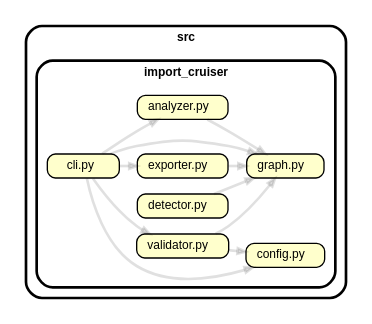
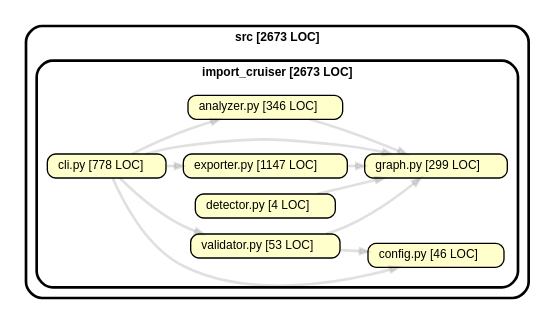
One commit to kevin91nl/import-cruiser changed the diagram in artifacts/self-graph/import-cruiser-self-graph.dot. Above: the diagram before and after it, drawn with Graphviz. The commit also changed 7 other files, not shown here.

Commit message:
feat: add LOC totals to self graph

```diff
--- a/artifacts/self-graph/import-cruiser-self-graph.dot
+++ b/artifacts/self-graph/import-cruiser-self-graph.dot
@@ -1,24 +1,24 @@
 strict digraph "import_cruiser"{
     rankdir="LR" splines="true" overlap="false" nodesep="0.16" ranksep="0.18" fontname="Helvetica-bold" fontsize="9" style="rounded,bold,filled" fillcolor="#ffffff" compound="true"
     node [shape="box" style="rounded, filled" height="0.2" color="black" fillcolor="#ffffcc" fontcolor="black" fontname="Helvetica" fontsize="9"]
     edge [arrowhead="normal" arrowsize="0.6" penwidth="2.0" color="#0000001f" fontname="Helvetica" fontsize="9"]
 
-    subgraph "cluster_src" {label="src" subgraph "cluster_src/import_cruiser" {label="import_cruiser" "src/import_cruiser/analyzer.py" [label=<analyzer.py> tooltip="analyzer.py" URL="src/import_cruiser/analyzer.py" ] }}
-    subgraph "cluster_src" {label="src" subgraph "cluster_src/import_cruiser" {label="import_cruiser" "src/import_cruiser/cli.py" [label=<cli.py> tooltip="cli.py" URL="src/import_cruiser/cli.py" ] }}
-    subgraph "cluster_src" {label="src" subgraph "cluster_src/import_cruiser" {label="import_cruiser" "src/import_cruiser/config.py" [label=<config.py> tooltip="config.py" URL="src/import_cruiser/config.py" ] }}
-    subgraph "cluster_src" {label="src" subgraph "cluster_src/import_cruiser" {label="import_cruiser" "src/import_cruiser/detector.py" [label=<detector.py> tooltip="detector.py" URL="src/import_cruiser/detector.py" ] }}
-    subgraph "cluster_src" {label="src" subgraph "cluster_src/import_cruiser" {label="import_cruiser" "src/import_cruiser/exporter.py" [label=<exporter.py> tooltip="exporter.py" URL="src/import_cruiser/exporter.py" ] }}
-    subgraph "cluster_src" {label="src" subgraph "cluster_src/import_cruiser" {label="import_cruiser" "src/import_cruiser/graph.py" [label=<graph.py> tooltip="graph.py" URL="src/import_cruiser/graph.py" ] }}
-    subgraph "cluster_src" {label="src" subgraph "cluster_src/import_cruiser" {label="import_cruiser" "src/import_cruiser/validator.py" [label=<validator.py> tooltip="validator.py" URL="src/import_cruiser/validator.py" ] }}
+    subgraph "cluster_src" {label="src [2673 LOC]" subgraph "cluster_src/import_cruiser" {label="import_cruiser [2673 LOC]" "src/import_cruiser/analyzer.py" [label=<analyzer.py [346 LOC]> tooltip="analyzer.py [346 LOC]" URL="src/import_cruiser/analyzer.py" ] }}
+    subgraph "cluster_src" {label="src [2673 LOC]" subgraph "cluster_src/import_cruiser" {label="import_cruiser [2673 LOC]" "src/import_cruiser/cli.py" [label=<cli.py [778 LOC]> tooltip="cli.py [778 LOC]" URL="src/import_cruiser/cli.py" ] }}
+    subgraph "cluster_src" {label="src [2673 LOC]" subgraph "cluster_src/import_cruiser" {label="import_cruiser [2673 LOC]" "src/import_cruiser/config.py" [label=<config.py [46 LOC]> tooltip="config.py [46 LOC]" URL="src/import_cruiser/config.py" ] }}
+    subgraph "cluster_src" {label="src [2673 LOC]" subgraph "cluster_src/import_cruiser" {label="import_cruiser [2673 LOC]" "src/import_cruiser/detector.py" [label=<detector.py [4 LOC]> tooltip="detector.py [4 LOC]" URL="src/import_cruiser/detector.py" ] }}
+    subgraph "cluster_src" {label="src [2673 LOC]" subgraph "cluster_src/import_cruiser" {label="import_cruiser [2673 LOC]" "src/import_cruiser/exporter.py" [label=<exporter.py [1147 LOC]> tooltip="exporter.py [1147 LOC]" URL="src/import_cruiser/exporter.py" ] }}
+    subgraph "cluster_src" {label="src [2673 LOC]" subgraph "cluster_src/import_cruiser" {label="import_cruiser [2673 LOC]" "src/import_cruiser/graph.py" [label=<graph.py [299 LOC]> tooltip="graph.py [299 LOC]" URL="src/import_cruiser/graph.py" ] }}
+    subgraph "cluster_src" {label="src [2673 LOC]" subgraph "cluster_src/import_cruiser" {label="import_cruiser [2673 LOC]" "src/import_cruiser/validator.py" [label=<validator.py [53 LOC]> tooltip="validator.py [53 LOC]" URL="src/import_cruiser/validator.py" ] }}
 
     "src/import_cruiser/analyzer.py" -> "src/import_cruiser/graph.py"
     "src/import_cruiser/cli.py" -> "src/import_cruiser/analyzer.py"
     "src/import_cruiser/cli.py" -> "src/import_cruiser/config.py"
     "src/import_cruiser/cli.py" -> "src/import_cruiser/exporter.py"
     "src/import_cruiser/cli.py" -> "src/import_cruiser/graph.py"
     "src/import_cruiser/cli.py" -> "src/import_cruiser/validator.py"
     "src/import_cruiser/detector.py" -> "src/import_cruiser/graph.py"
     "src/import_cruiser/exporter.py" -> "src/import_cruiser/graph.py"
     "src/import_cruiser/validator.py" -> "src/import_cruiser/config.py"
     "src/import_cruiser/validator.py" -> "src/import_cruiser/graph.py"
 }
```
